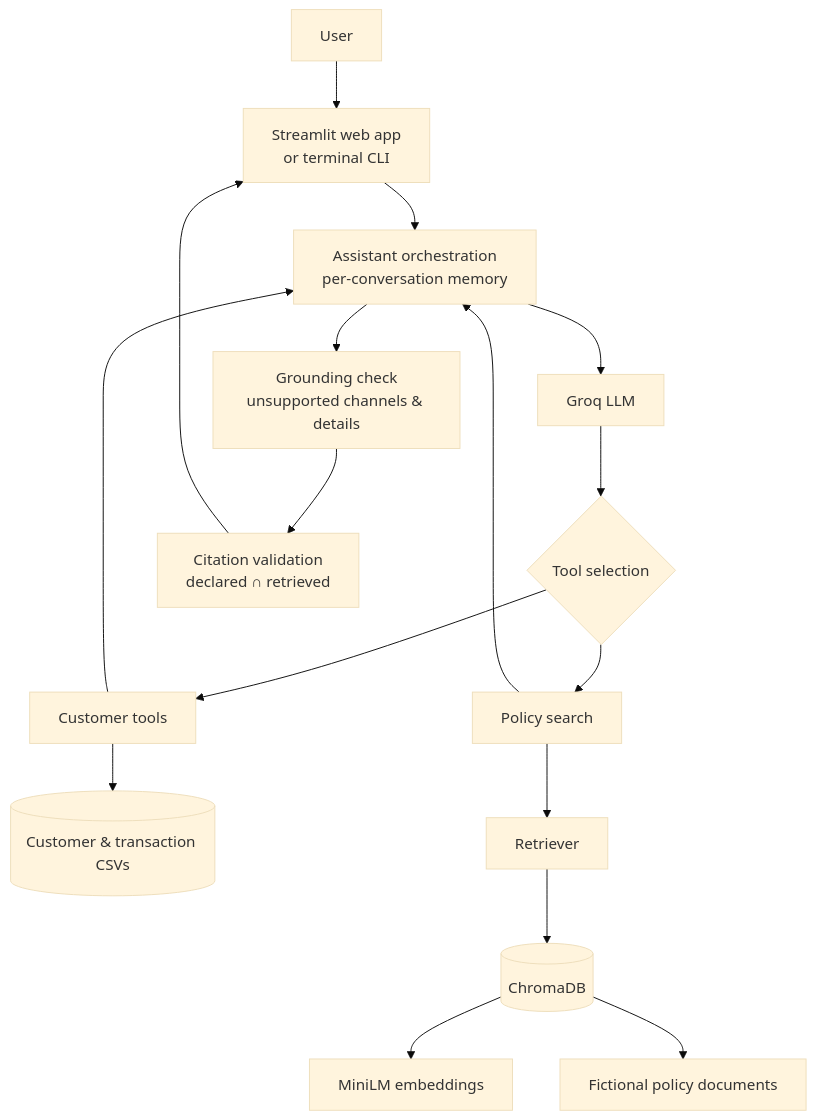
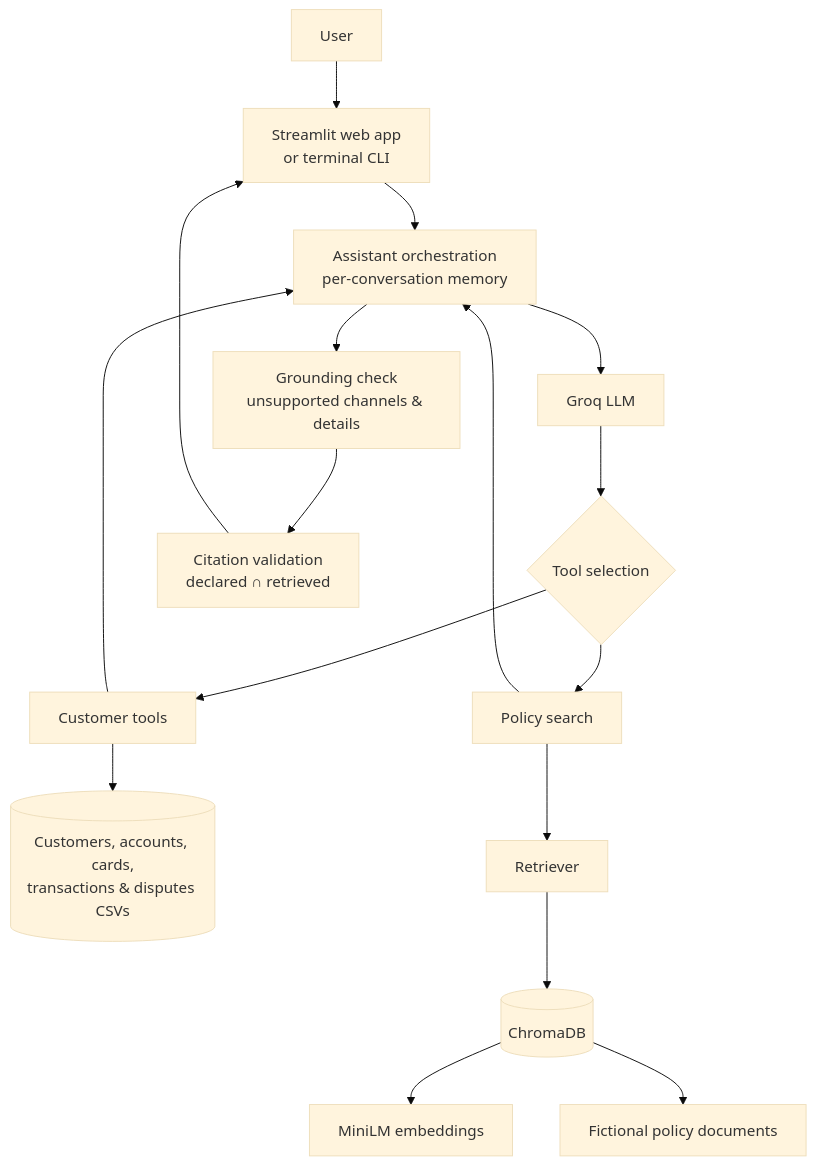
Before and after one commit to Sinon1310/BankMate: the diagram in README.md, drawn with Mermaid (base theme). The commit also changed other lines of this file and 14 other files, not shown here.

````diff
--- a/README.md
+++ b/README.md
@@ -38,22 +53,22 @@
 ```mermaid
 flowchart TD
     U[User] --> UI[Streamlit web app<br/>or terminal CLI]
     UI --> A[Assistant orchestration<br/>per-conversation memory]
     A --> L[Groq LLM]
     L --> T{Tool selection}
 
     T --> C[Customer tools]
     T --> P[Policy search]
 
-    C --> D[(Customer & transaction CSVs)]
+    C --> D[(Customers, accounts, cards,<br/>transactions & disputes CSVs)]
     P --> R[Retriever]
     R --> V[(ChromaDB)]
     V --> E[MiniLM embeddings]
     V --> K[Fictional policy documents]
 
     C --> A
     P --> A
     A --> G[Grounding check<br/>unsupported channels & details]
     G --> S[Citation validation<br/>declared ∩ retrieved]
     S --> UI
 ```
````
